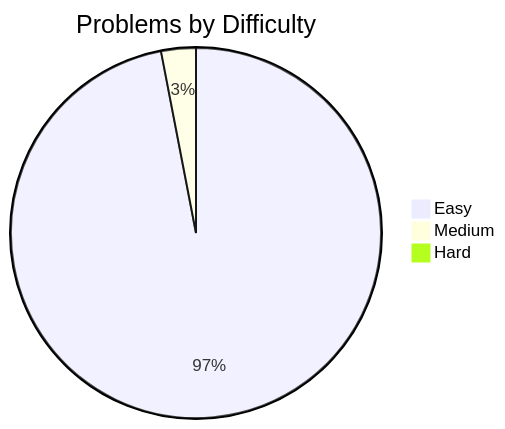
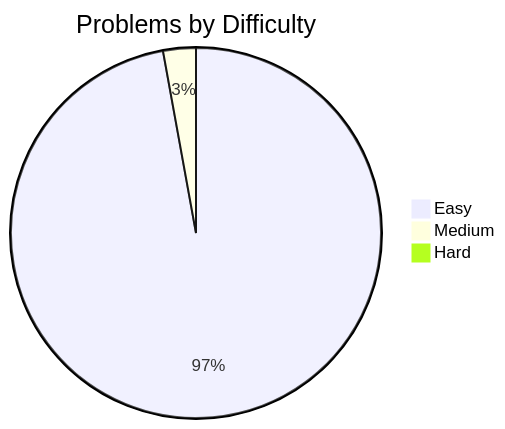
One commit to davelin18yufan/leetcode-journal changed the diagram in README.md. Above: the diagram before and after it, drawn with Mermaid. The commit also changed other lines of this file and 5 other files, not shown here.

````diff
--- a/README.md
+++ b/README.md
@@ -7,7 +7,7 @@
 ```mermaid
 pie
     title Problems by Difficulty
-    "Easy" : 32
+    "Easy" : 34
     "Medium" : 1
     "Hard" : 0
 ```
````
